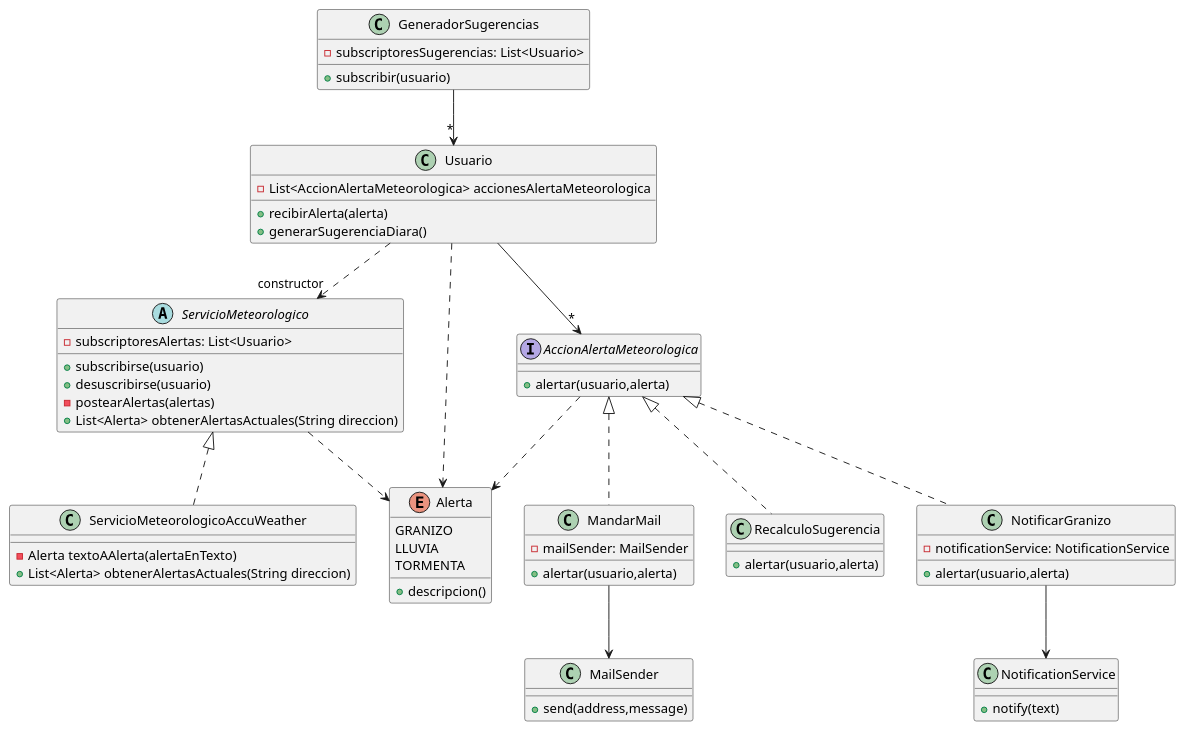
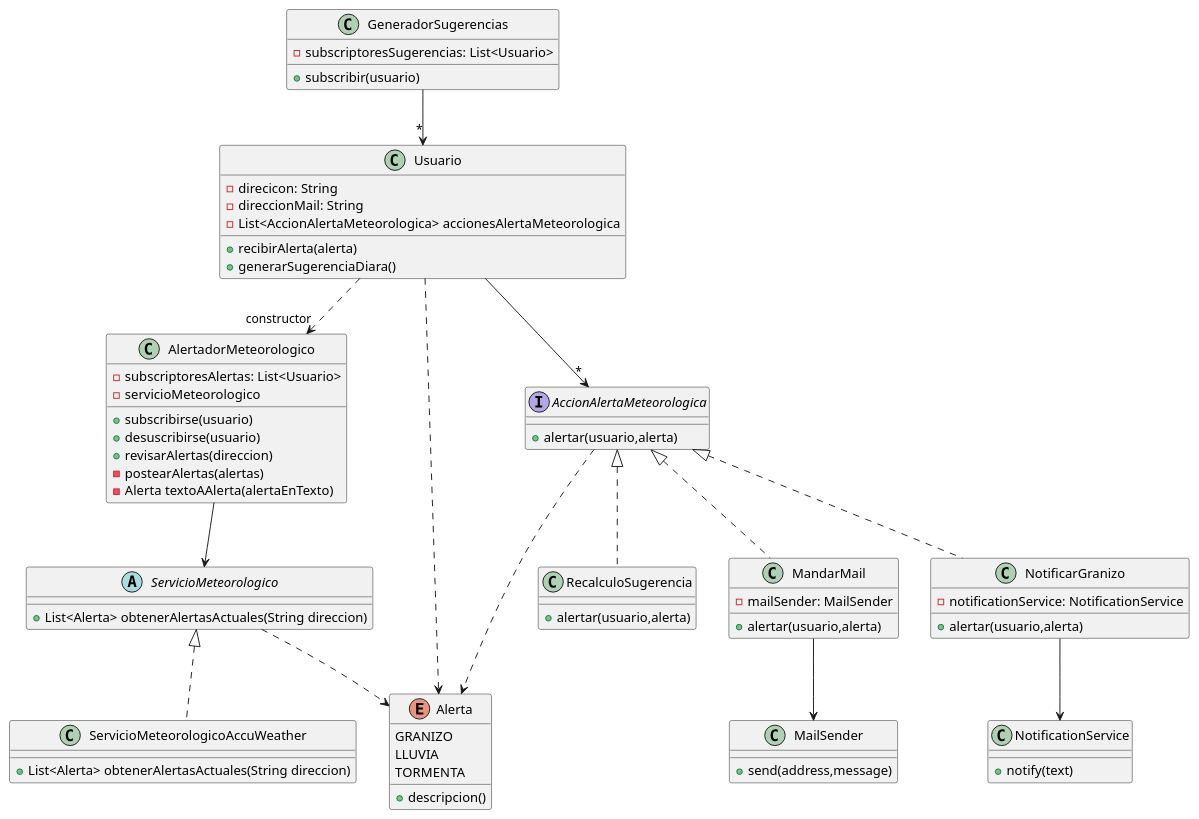
Before and after one commit to ivojawer/qmp6: the diagram in diagrama.plantuml, drawn with PlantUML.

Commit message:
abstraccion AlertadorMeteorologico

```diff
--- a/diagrama.plantuml
+++ b/diagrama.plantuml
@@ -1,75 +1,85 @@
 @startuml
 class NotificationService{
     +notify(text)
 }
 
 class MailSender{
     +send(address,message)
 }
 
 class GeneradorSugerencias{
     -subscriptoresSugerencias: List<Usuario>
     +subscribir(usuario)
 }
 GeneradorSugerencias --> "*" Usuario
 
 
 abstract class ServicioMeteorologico{
-    -subscriptoresAlertas: List<Usuario>
-    +subscribirse(usuario)
-    +desuscribirse(usuario)
-    -postearAlertas(alertas)
     +List<Alerta> obtenerAlertasActuales(String direccion)
 }
 
 ServicioMeteorologico <|.. ServicioMeteorologicoAccuWeather
 
 ServicioMeteorologico ..> Alerta
 
 class ServicioMeteorologicoAccuWeather{
-    -Alerta textoAAlerta(alertaEnTexto)
+   
     +List<Alerta> obtenerAlertasActuales(String direccion)
 }
+
+class AlertadorMeteorologico{
+    -subscriptoresAlertas: List<Usuario>
+    +subscribirse(usuario)
+    +desuscribirse(usuario)
+    +revisarAlertas(direccion)
+    -postearAlertas(alertas)
+    -Alerta textoAAlerta(alertaEnTexto)
+    -servicioMeteorologico
+}
+
+AlertadorMeteorologico --> ServicioMeteorologico
 
 enum Alerta{
     GRANIZO
     LLUVIA
     TORMENTA
     +descripcion()
 }
 
 interface AccionAlertaMeteorologica{
     +alertar(usuario,alerta)
 }
 
 class MandarMail{
     -mailSender: MailSender
     +alertar(usuario,alerta)
 }
 
 MandarMail --> MailSender
 
 class RecalculoSugerencia{
     +alertar(usuario,alerta)
 }
 
 class NotificarGranizo{
     -notificationService: NotificationService
     +alertar(usuario,alerta)
 }
 
 NotificarGranizo --> NotificationService 
 AccionAlertaMeteorologica ..> Alerta
 AccionAlertaMeteorologica <|.. MandarMail
 AccionAlertaMeteorologica <|.. RecalculoSugerencia
 AccionAlertaMeteorologica <|.. NotificarGranizo
 
 class Usuario{
+    -direcicon: String
+    -direccionMail: String
     -List<AccionAlertaMeteorologica> accionesAlertaMeteorologica
     +recibirAlerta(alerta)
     +generarSugerenciaDiara()
 }
-Usuario ..>"constructor" ServicioMeteorologico
+Usuario ..>"constructor" AlertadorMeteorologico
 Usuario --> "*" AccionAlertaMeteorologica
 Usuario ..> Alerta
 @enduml
```
